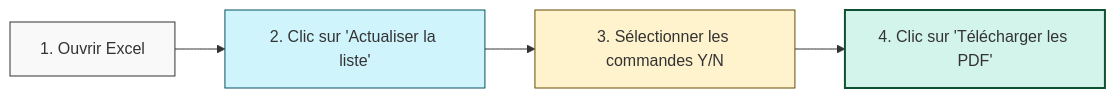
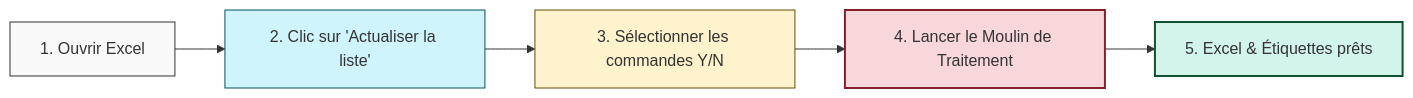
Before and after one commit to maatallah/pdfxport: the second of 2 diagrams in PDFXport_Overview_FR.md, drawn with Mermaid. The commit also changed other lines of this file, not shown here.

Commit message:
docs: upgrade French project overview to accurately present the advanced role of Moissonneuse-Moulin (parser)

````diff
--- a/PDFXport_Overview_FR.md
+++ b/PDFXport_Overview_FR.md
@@ -54,11 +61,13 @@
 ```mermaid
 graph LR
     A[1. Ouvrir Excel] --> B[2. Clic sur 'Actualiser la liste']
     B --> C[3. Sélectionner les commandes Y/N]
-    C --> D[4. Clic sur 'Télécharger les PDF']
+    C --> D[4. Lancer le Moulin de Traitement]
+    D --> E[5. Excel & Étiquettes prêts]
     
     style A fill:#f9f9f9,stroke:#333,stroke-width:1px
     style B fill:#cff4fc,stroke:#055160,stroke-width:1px
     style C fill:#fff3cd,stroke:#664d03,stroke-width:1px
-    style D fill:#d2f4ea,stroke:#0f5132,stroke-width:2px
+    style D fill:#f8d7da,stroke:#842029,stroke-width:2px
+    style E fill:#d2f4ea,stroke:#0f5132,stroke-width:2px
 ```
````
